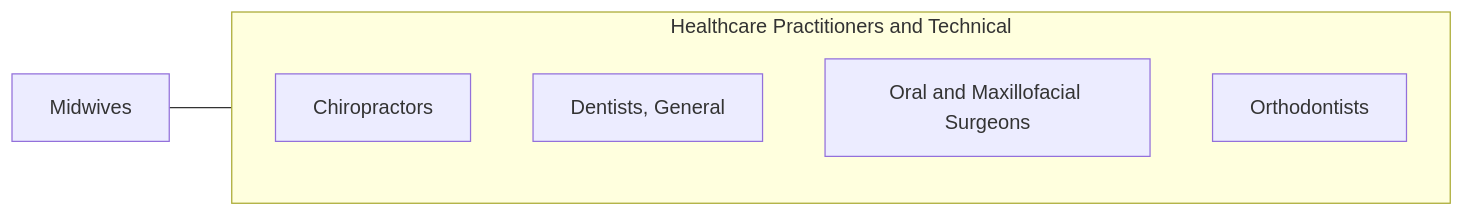
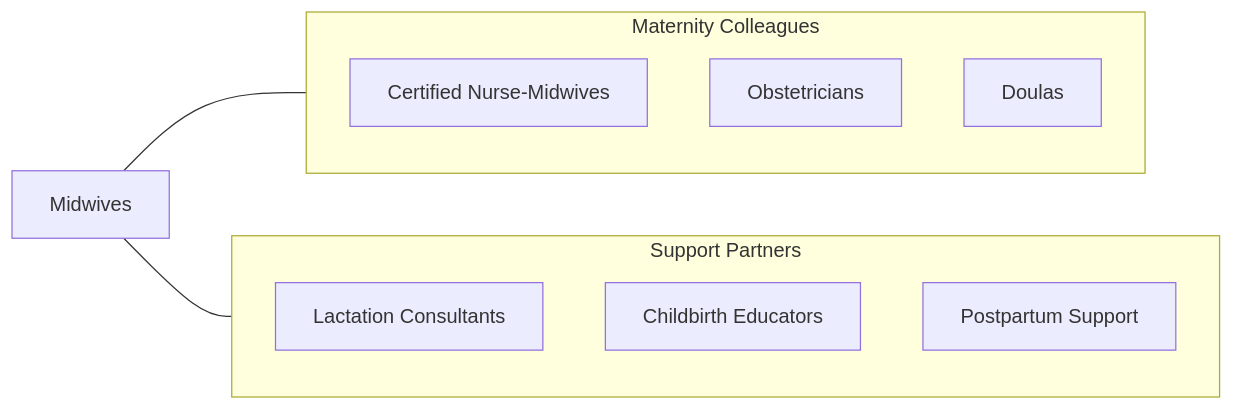
One commit to kziemski/business.org.ai changed the fourth of 4 diagrams in occupations/HealthcarePractitioners/Midwives.mdx. Above: the diagram before and after it, drawn with Mermaid. The commit also changed other lines of this file and 938 other files, not shown here.

````diff
--- a/occupations/HealthcarePractitioners/Midwives.mdx
+++ b/occupations/HealthcarePractitioners/Midwives.mdx
@@ -125,13 +189,19 @@
 ```mermaid
 graph LR
     Current["Midwives"]
 
-    subgraph SameCategory["Healthcare Practitioners and Technical"]
-        Chiropractors["Chiropractors"]
-        DentistsGeneral["Dentists, General"]
-        OralAndMaxillofacial["Oral and Maxillofacial Surgeons"]
-        Orthodontists["Orthodontists"]
+    subgraph MaternityTeam["Maternity Colleagues"]
+        CNMs["Certified Nurse-Midwives"]
+        OBGYNs["Obstetricians"]
+        Doulas["Doulas"]
     end
 
-    Current --- SameCategory
+    subgraph Support["Support Partners"]
+        LactationConsultants["Lactation Consultants"]
+        PrenatalEducators["Childbirth Educators"]
+        PostpartumDoulas["Postpartum Support"]
+    end
+
+    Current --- MaternityTeam
+    Current --- Support
 ```
````
